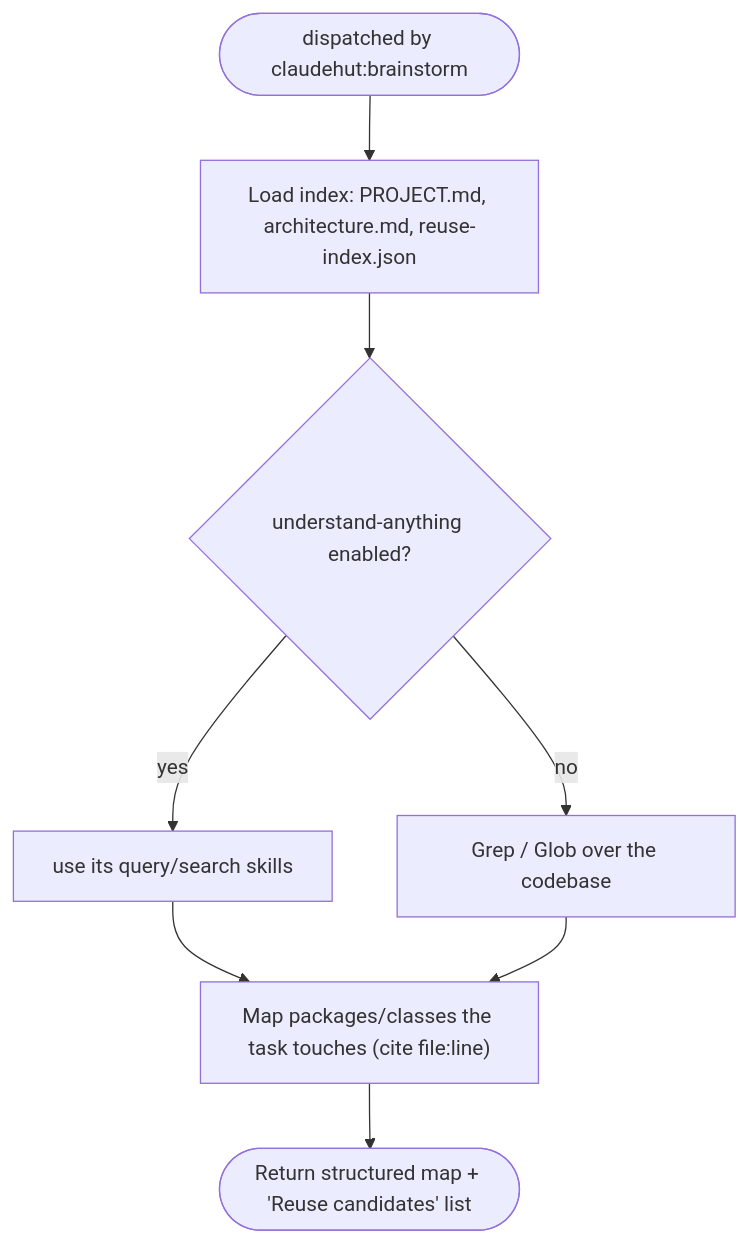
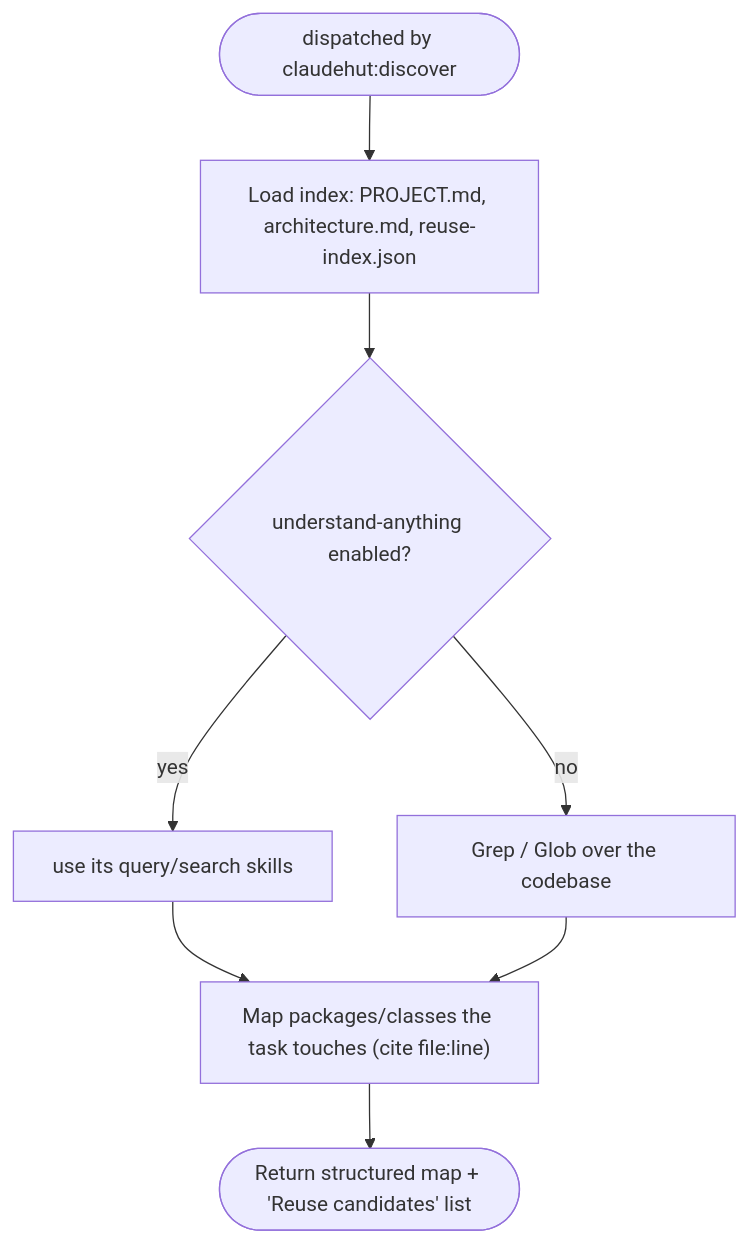
Before and after one commit to taipt1504/claudehut: the diagram in agents/claudehut-explorer.md, drawn with Mermaid. The commit also changed other lines of this file and 32 other files, not shown here.

````diff
--- a/agents/claudehut-explorer.md
+++ b/agents/claudehut-explorer.md
@@ -19,9 +19,9 @@
 ```mermaid
 flowchart TB
-    a([dispatched by claudehut:brainstorm]) --> idx["Load index: PROJECT.md, architecture.md, reuse-index.json"]
+    a([dispatched by claudehut:discover]) --> idx["Load index: PROJECT.md, architecture.md, reuse-index.json"]
     idx --> tool{"understand-anything enabled?"}
     tool -- yes --> ua["use its query/search skills"]
     tool -- no --> grep["Grep / Glob over the codebase"]
     ua & grep --> map["Map packages/classes the task touches (cite file:line)"]
     map --> out([Return structured map + 'Reuse candidates' list])
 ```
````
